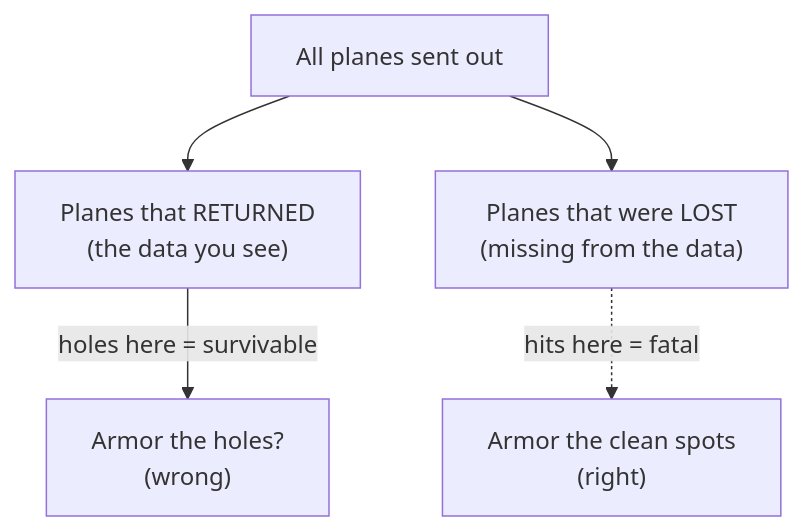
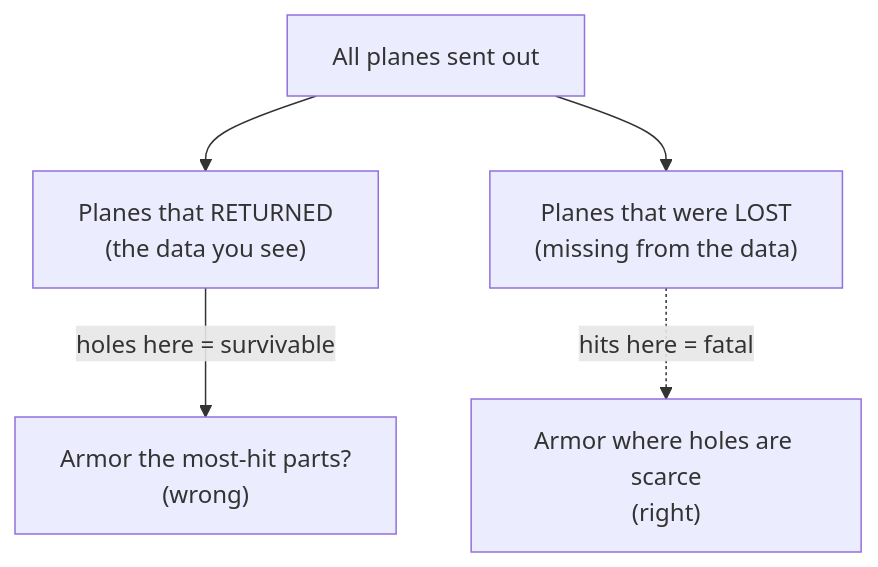
One commit to dataslope/dataslope changed the fifth of 5 diagrams in content/courses/statistics-for-data-science-python/sampling-and-bias.mdx. Above: the diagram before and after it, drawn with Mermaid. The commit also changed other lines of this file and 641 other files, not shown here.

````diff
--- a/content/courses/statistics-for-data-science-python/sampling-and-bias.mdx
+++ b/content/courses/statistics-for-data-science-python/sampling-and-bias.mdx
@@ -458,7 +481,7 @@
 ```mermaid
 flowchart TD
     ALL["All planes sent out"] --> RET["Planes that RETURNED<br/>(the data you see)"]
     ALL --> LOST["Planes that were LOST<br/>(missing from the data)"]
-    RET -->|"holes here = survivable"| WRONG["Armor the holes?<br/>(wrong)"]
-    LOST -.->|"hits here = fatal"| RIGHT["Armor the clean spots<br/>(right)"]
+    RET -->|"holes here = survivable"| WRONG["Armor the most-hit parts?<br/>(wrong)"]
+    LOST -.->|"hits here = fatal"| RIGHT["Armor where holes are scarce<br/>(right)"]
 ```
````
